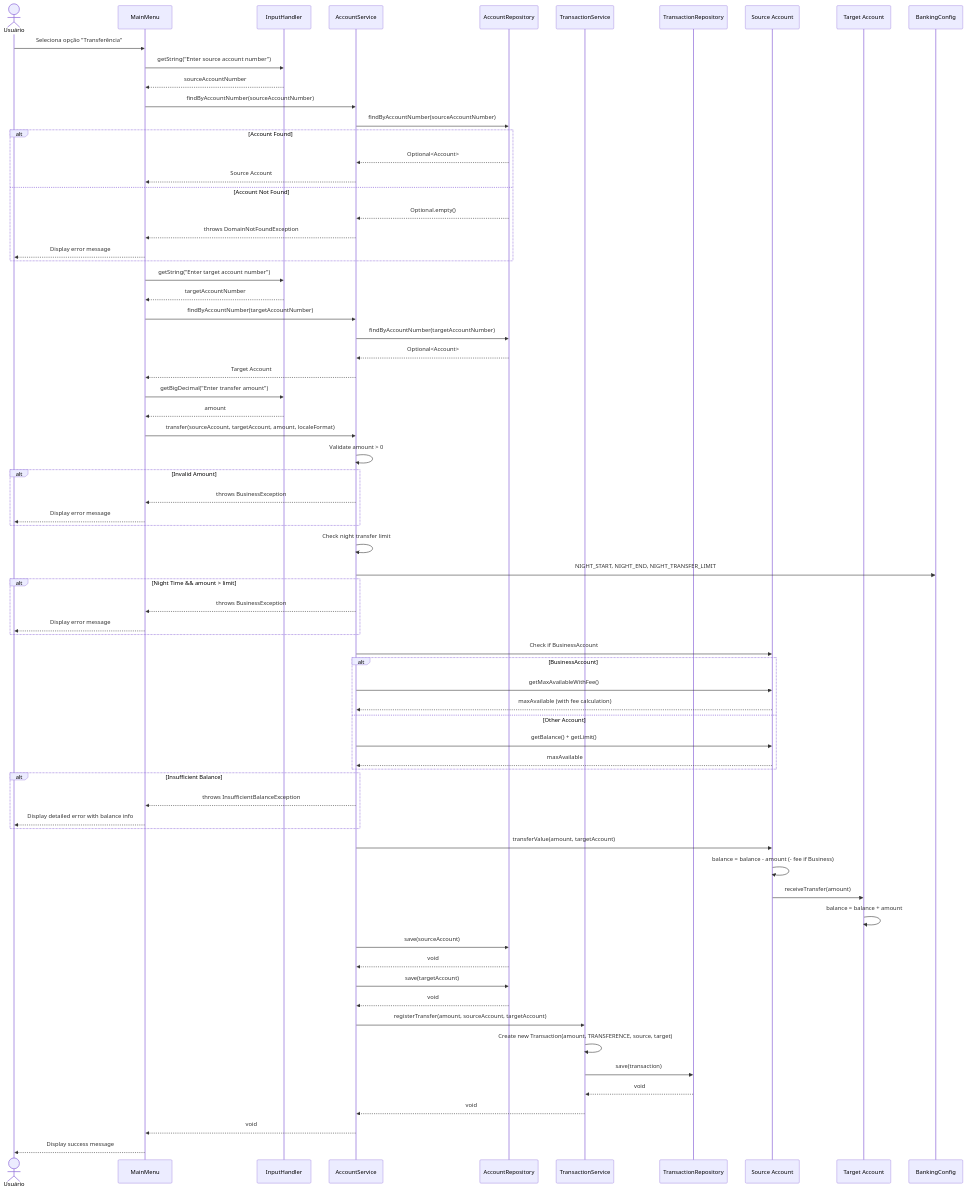
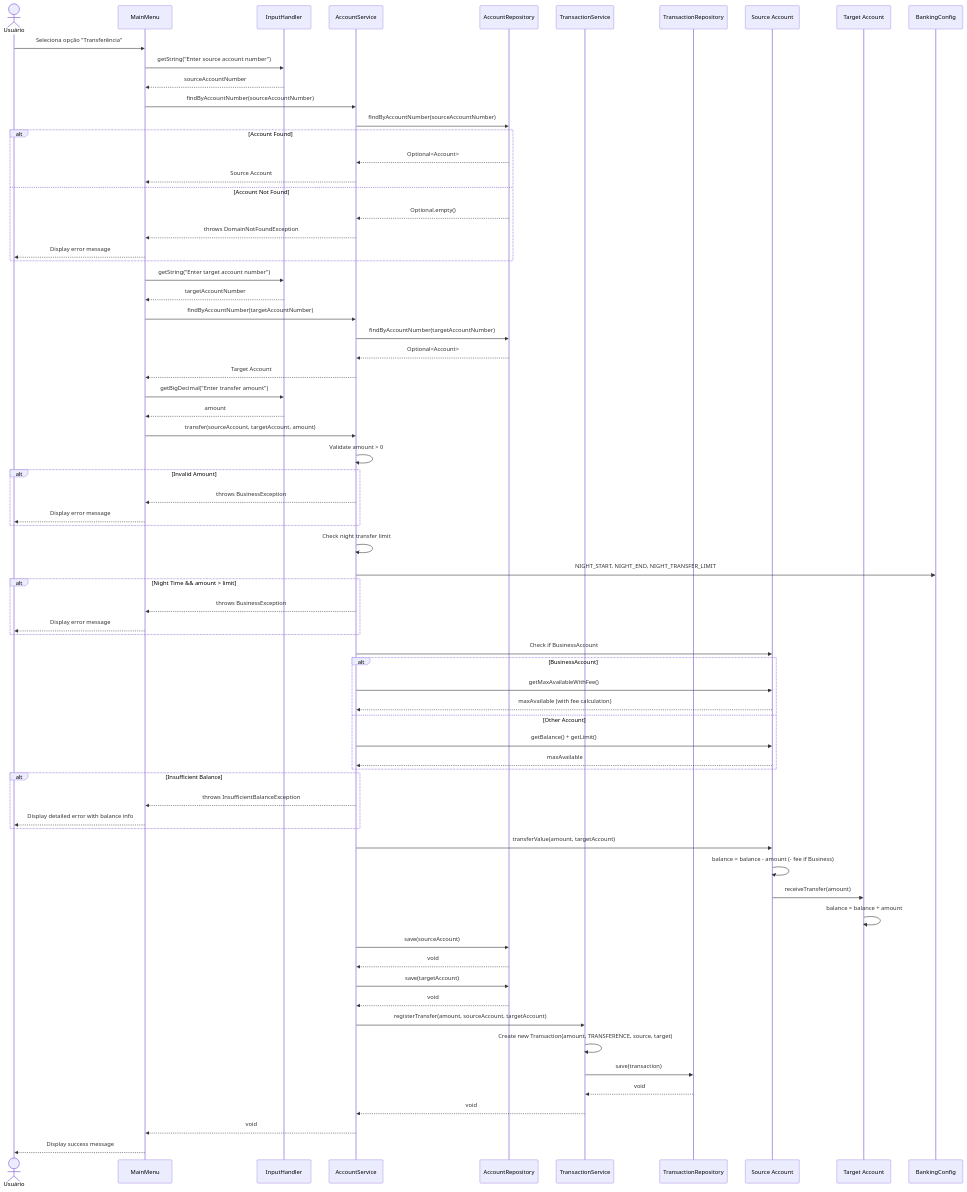
Before and after one commit to MiltonBueno/Challenge_1_Banco: the first of 2 diagrams in README.md, drawn with Mermaid. The commit also changed other lines of this file and 20 other files, not shown here.

```diff
--- a/README.md
+++ b/README.md
@@ -175,7 +175,7 @@
     UI->>IH: getBigDecimal("Enter transfer amount")
     IH-->>UI: amount
 
-    UI->>AS: transfer(sourceAccount, targetAccount, amount, localeFormat)
+    UI->>AS: transfer(sourceAccount, targetAccount, amount)
     
     AS->>AS: Validate amount > 0
     
```
